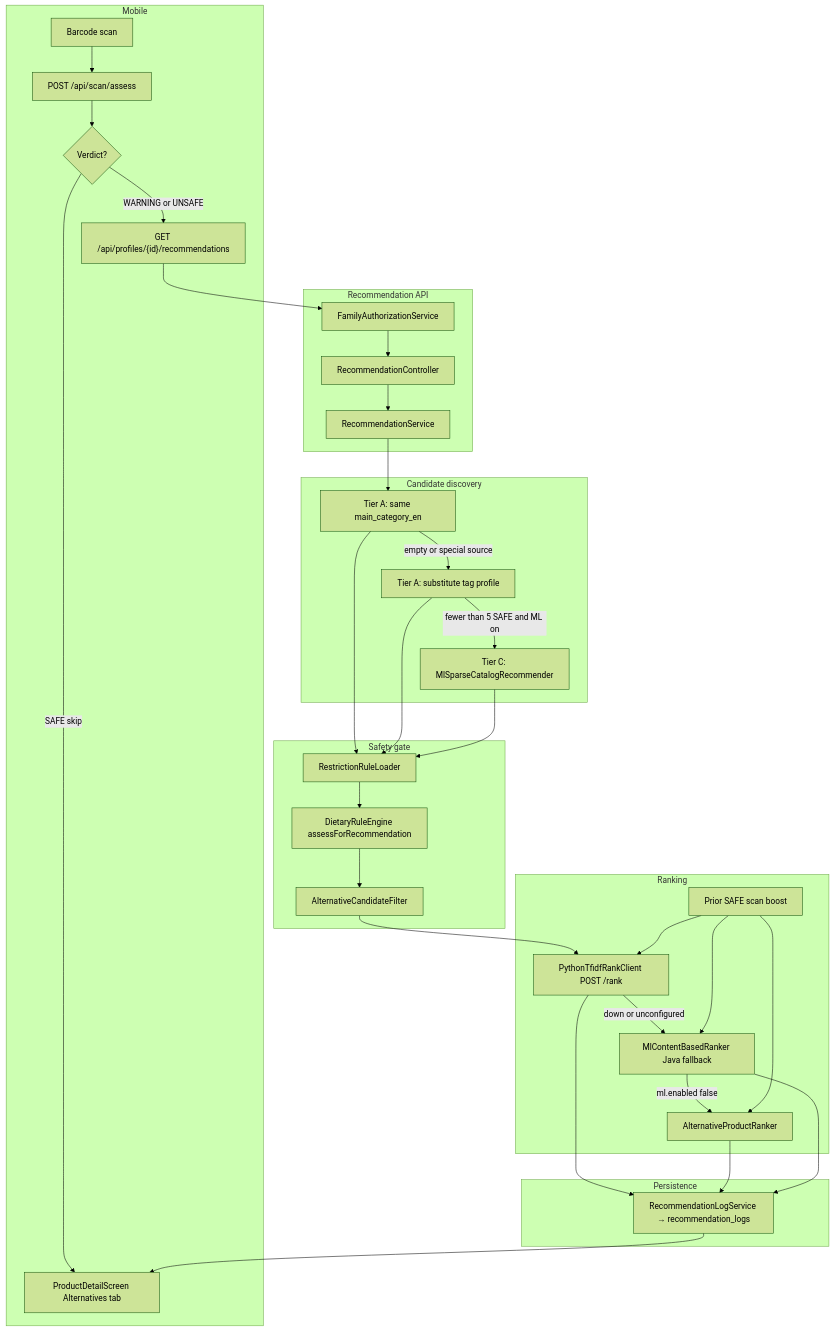
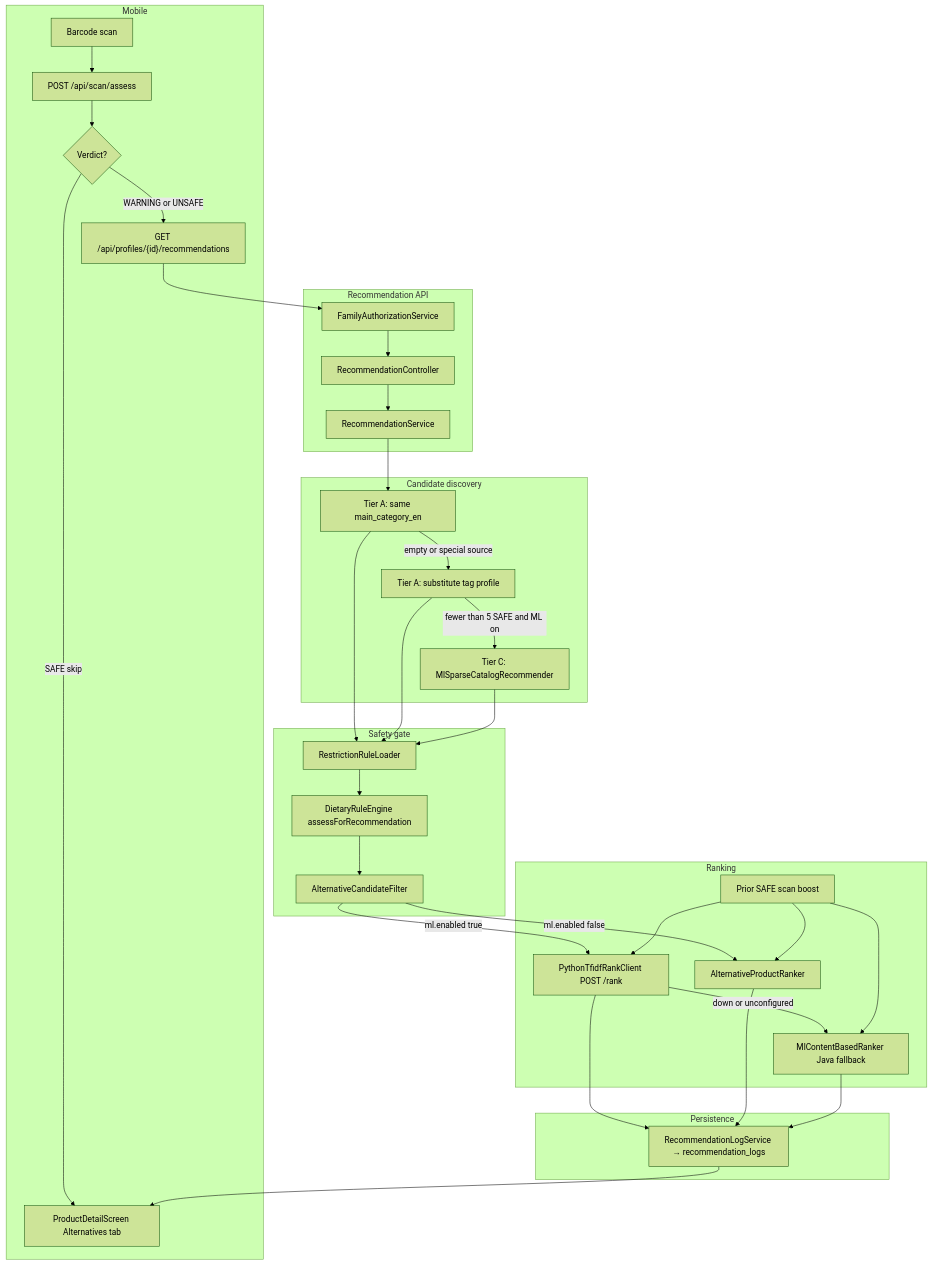
The first of 5 diagrams in docs/architecture/uc5-alternative-recommender.md (CanMakan-Team/CanMakan), drawn with Mermaid (forest theme) before and after one commit.

Commit message:
docs: fix UC5 ranking fallback flowchart edges to match code logic

````diff
--- a/docs/architecture/uc5-alternative-recommender.md
+++ b/docs/architecture/uc5-alternative-recommender.md
@@ -36,65 +36,65 @@
 ```mermaid
 flowchart TB
   subgraph mobile [Mobile]
     Scan[Barcode scan]
     Assess["POST /api/scan/assess"]
     Verdict{Verdict?}
     RecAPI["GET /api/profiles/{id}/recommendations"]
     Detail[ProductDetailScreen Alternatives tab]
   end
 
   subgraph api [Recommendation API]
     Ctrl[RecommendationController]
     Auth[FamilyAuthorizationService]
     Svc[RecommendationService]
   end
 
   subgraph discovery [Candidate discovery]
     SameCat[Tier A: same main_category_en]
     Tags[Tier A: substitute tag profile]
     ML[Tier C: MlSparseCatalogRecommender]
   end
 
   subgraph safety [Safety gate]
     Rules[RestrictionRuleLoader]
     Engine[DietaryRuleEngine assessForRecommendation]
     Filter[AlternativeCandidateFilter]
   end
 
   subgraph rank [Ranking]
     Python[PythonTfidfRankClient POST /rank]
     Heuristic[AlternativeProductRanker]
     MLRank[MlContentBasedRanker Java fallback]
     Prior[Prior SAFE scan boost]
   end
 
   subgraph persist [Persistence]
     Logs[RecommendationLogService → recommendation_logs]
   end
 
   Scan --> Assess
   Assess --> Verdict
   Verdict -->|SAFE skip| Detail
   Verdict -->|WARNING or UNSAFE| RecAPI
   RecAPI --> Auth
   Auth --> Ctrl
   Ctrl --> Svc
   Svc --> SameCat
   SameCat -->|empty or special source| Tags
   Tags -->|fewer than 5 SAFE and ML on| ML
   SameCat --> Rules
   Tags --> Rules
   ML --> Rules
   Rules --> Engine
   Engine --> Filter
-  Filter --> Python
+  Filter -->|ml.enabled true| Python
+  Filter -->|ml.enabled false| Heuristic
   Python -->|down or unconfigured| MLRank
-  MLRank -->|ml.enabled false| Heuristic
   Prior --> Python
   Prior --> MLRank
   Prior --> Heuristic
   Python --> Logs
   Heuristic --> Logs
   MLRank --> Logs
   Logs --> Detail
 ```
````
